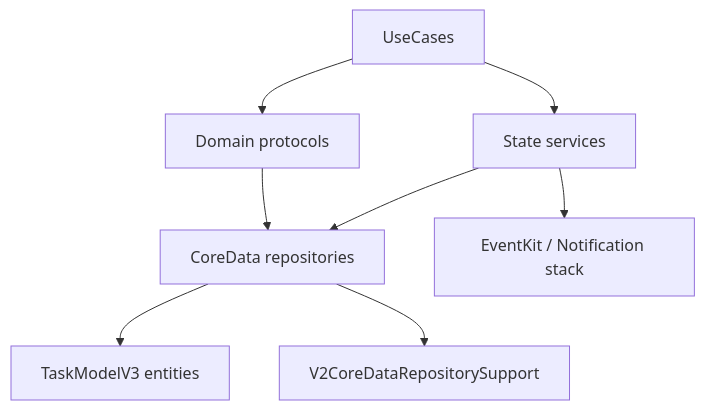
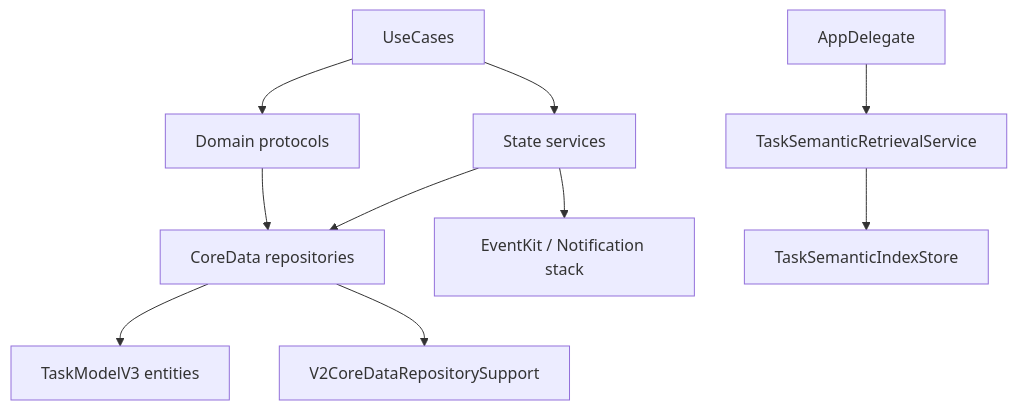
Before and after one commit to Saransh-Sharma/Tasker: the diagram in docs/architecture/state-repositories-and-services-v2.md, drawn with Mermaid. The commit also changed other lines of this file and 8 other files, not shown here.

Commit message:
docs: update architecture docs to reflect LLM assistant stack v2 and v3 cutover plan

````diff
--- a/docs/architecture/state-repositories-and-services-v2.md
+++ b/docs/architecture/state-repositories-and-services-v2.md
@@ -17,12 +20,15 @@
 ```mermaid
 flowchart TD
     UC["UseCases"] --> IFACE["Domain protocols"]
     IFACE --> REPO["CoreData repositories"]
     REPO --> CORE["TaskModelV3 entities"]
 
     UC --> SRV["State services"]
     SRV --> REPO
     SRV --> EXT["EventKit / Notification stack"]
 
     REPO --> SUP["V2CoreDataRepositorySupport"]
+
+    APP["AppDelegate"] --> SEM["TaskSemanticRetrievalService"]
+    SEM --> IDX["TaskSemanticIndexStore"]
 ```
````
